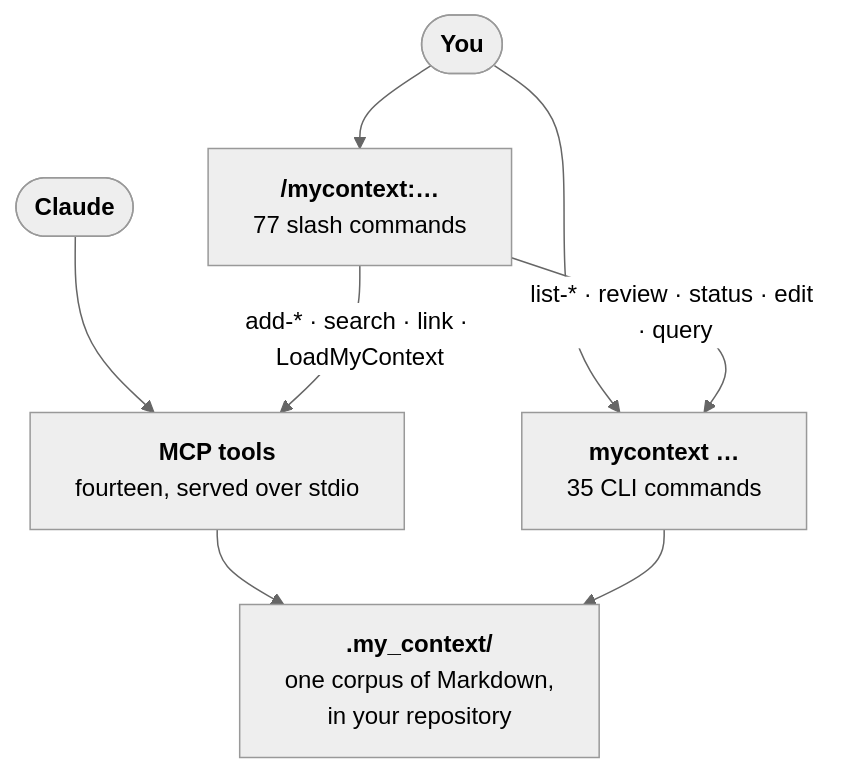
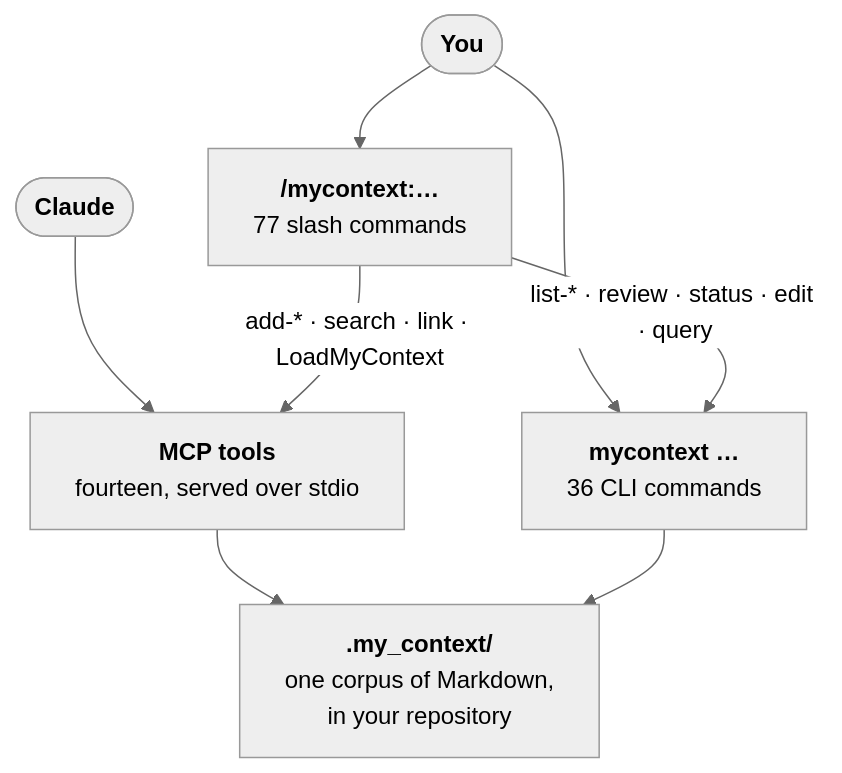
One commit to Dudi-Bar-On/my-context changed the fourth of 5 diagrams in README.md. Above: the diagram before and after it, drawn with Mermaid (neutral theme). The commit also changed other lines of this file and 7 other files, not shown here.

````diff
--- a/README.md
+++ b/README.md
@@ -1769,10 +1769,10 @@
 ```mermaid
 flowchart TB
   U(["<b>You</b>"]) --> SL["<b>/mycontext:…</b><br/>77 slash commands"]
-  U --> CL["<b>mycontext …</b><br/>35 CLI commands"]
+  U --> CL["<b>mycontext …</b><br/>36 CLI commands"]
   A(["<b>Claude</b>"]) --> TL["<b>MCP tools</b><br/>fourteen, served over stdio"]
   SL -->|"add-* · search · link · LoadMyContext"| TL
   SL -->|"list-* · review · status · edit · query"| CL
   TL --> CO["<b>.my_context/</b><br/>one corpus of Markdown,<br/>in your repository"]
   CL --> CO
 ```
````
